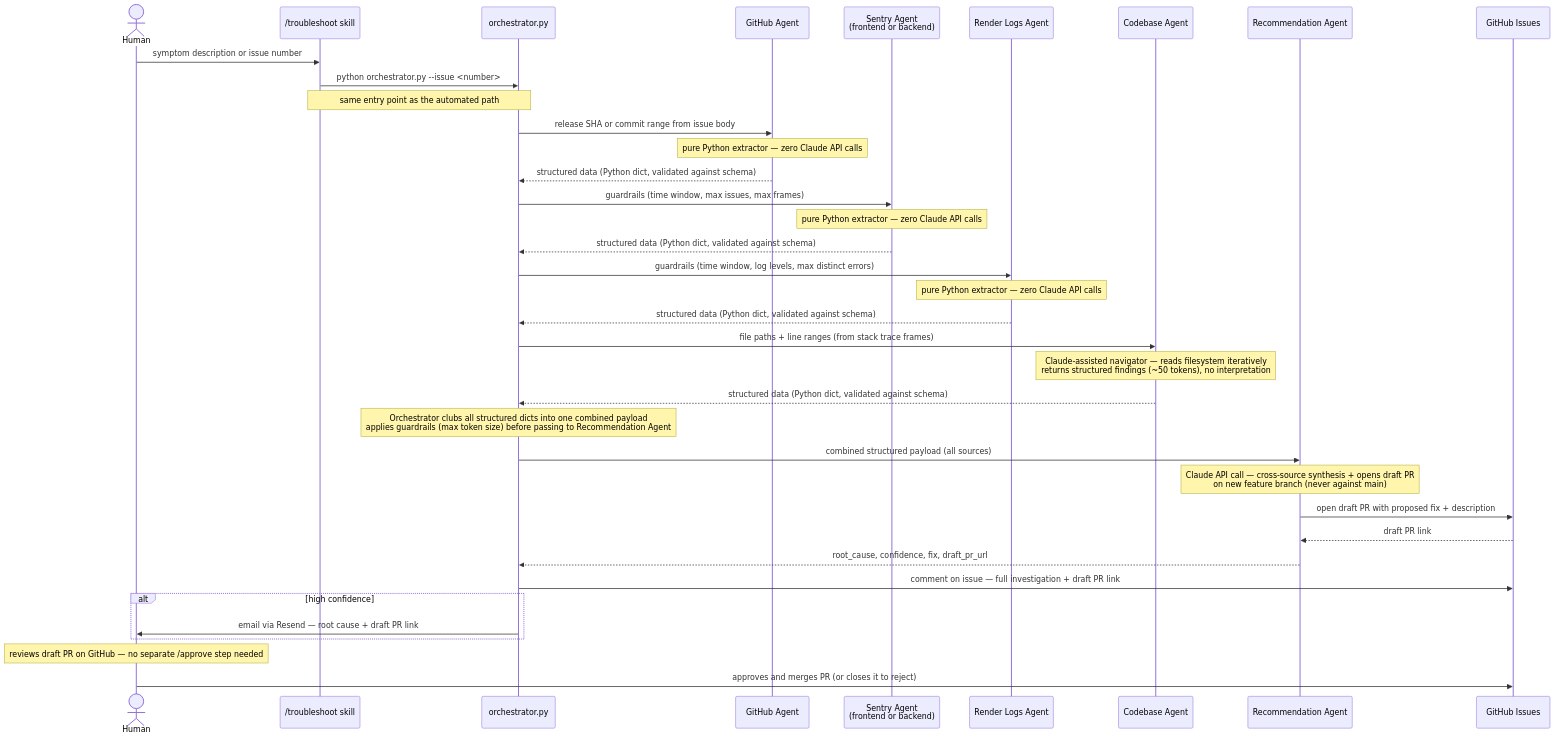
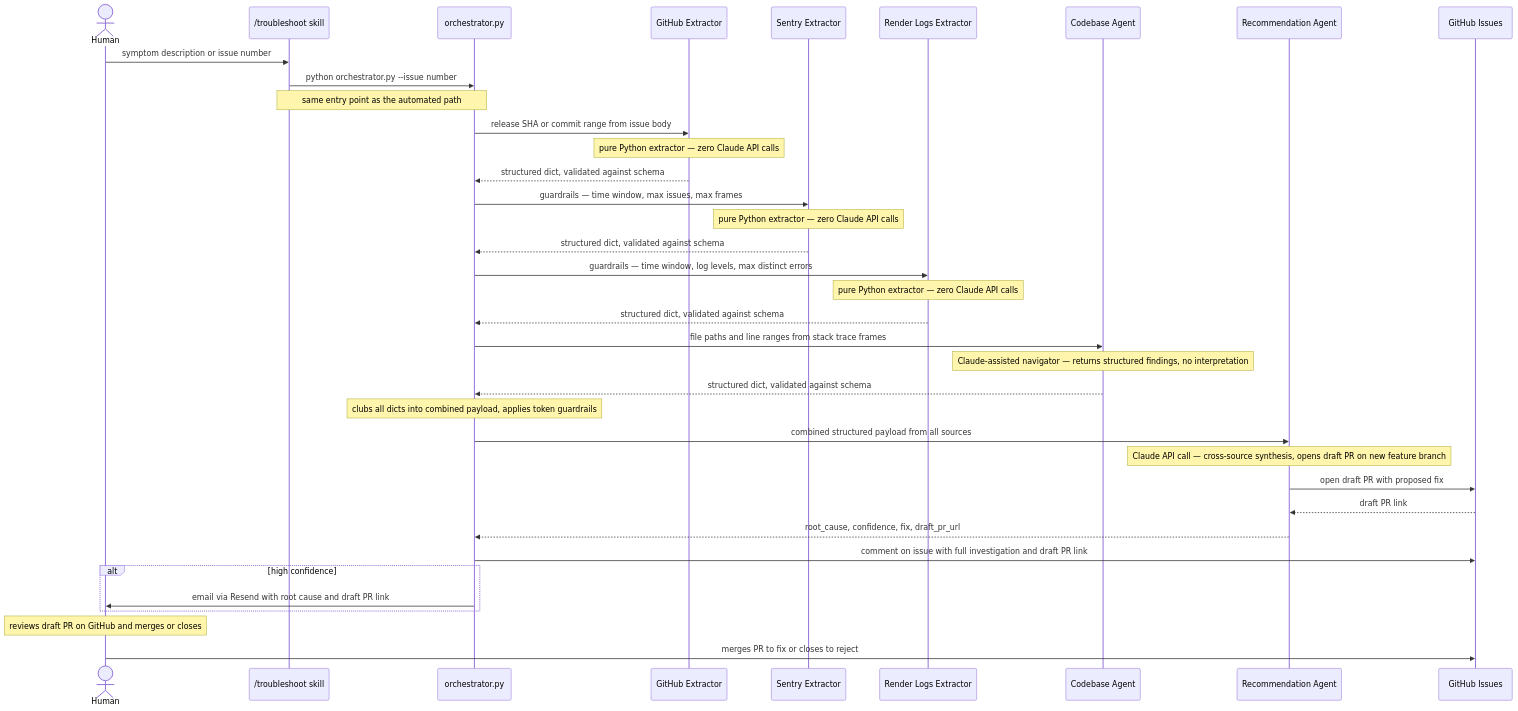
One commit to vikasparth/restaurant-main changed the fourth of 4 diagrams in docs/engineering-practices/agent-architecture.md. Above: the diagram before and after it, drawn with Mermaid. The commit also changed other lines of this file, not shown here.

First line of the commit message:
fix(docs): remove br tags from Mermaid diagrams to fix parse errors

````diff
--- a/docs/engineering-practices/agent-architecture.md
+++ b/docs/engineering-practices/agent-architecture.md
@@ -737,41 +737,41 @@
 ```mermaid
 sequenceDiagram
     actor Human as Human
     participant Skill as /troubleshoot skill
     participant Orch as orchestrator.py
-    participant GHAgent as GitHub Agent
-    participant SAgent as Sentry Agent<br/>(frontend or backend)
-    participant Render as Render Logs Agent
+    participant GHAgent as GitHub Extractor
+    participant SAgent as Sentry Extractor
+    participant Render as Render Logs Extractor
     participant Code as Codebase Agent
     participant Rec as Recommendation Agent
     participant GH as GitHub Issues
 
     Human->>Skill: symptom description or issue number
-    Skill->>Orch: python orchestrator.py --issue <number>
+    Skill->>Orch: python orchestrator.py --issue number
     Note over Skill,Orch: same entry point as the automated path
 
     Orch->>GHAgent: release SHA or commit range from issue body
     Note over GHAgent: pure Python extractor — zero Claude API calls
-    GHAgent-->>Orch: structured data (Python dict, validated against schema)
-    Orch->>SAgent: guardrails (time window, max issues, max frames)
+    GHAgent-->>Orch: structured dict, validated against schema
+    Orch->>SAgent: guardrails — time window, max issues, max frames
     Note over SAgent: pure Python extractor — zero Claude API calls
-    SAgent-->>Orch: structured data (Python dict, validated against schema)
-    Orch->>Render: guardrails (time window, log levels, max distinct errors)
+    SAgent-->>Orch: structured dict, validated against schema
+    Orch->>Render: guardrails — time window, log levels, max distinct errors
     Note over Render: pure Python extractor — zero Claude API calls
-    Render-->>Orch: structured data (Python dict, validated against schema)
-    Orch->>Code: file paths + line ranges (from stack trace frames)
-    Note over Code: Claude-assisted navigator — reads filesystem iteratively<br/>returns structured findings (~50 tokens), no interpretation
-    Code-->>Orch: structured data (Python dict, validated against schema)
-    Note over Orch: Orchestrator clubs all structured dicts into one combined payload<br/>applies guardrails (max token size) before passing to Recommendation Agent
-    Orch->>Rec: combined structured payload (all sources)
-    Note over Rec: Claude API call — cross-source synthesis + opens draft PR<br/>on new feature branch (never against main)
-    Rec->>GH: open draft PR with proposed fix + description
+    Render-->>Orch: structured dict, validated against schema
+    Orch->>Code: file paths and line ranges from stack trace frames
+    Note over Code: Claude-assisted navigator — returns structured findings, no interpretation
+    Code-->>Orch: structured dict, validated against schema
+    Note over Orch: clubs all dicts into combined payload, applies token guardrails
+    Orch->>Rec: combined structured payload from all sources
+    Note over Rec: Claude API call — cross-source synthesis, opens draft PR on new feature branch
+    Rec->>GH: open draft PR with proposed fix
     GH-->>Rec: draft PR link
     Rec-->>Orch: root_cause, confidence, fix, draft_pr_url
-    Orch->>GH: comment on issue — full investigation + draft PR link
+    Orch->>GH: comment on issue with full investigation and draft PR link
     alt high confidence
-        Orch->>Human: email via Resend — root cause + draft PR link
+        Orch->>Human: email via Resend with root cause and draft PR link
     end
-    Note over Human: reviews draft PR on GitHub — no separate /approve step needed
-    Human->>GH: approves and merges PR (or closes it to reject)
+    Note over Human: reviews draft PR on GitHub and merges or closes
+    Human->>GH: merges PR to fix or closes to reject
 ```
````
